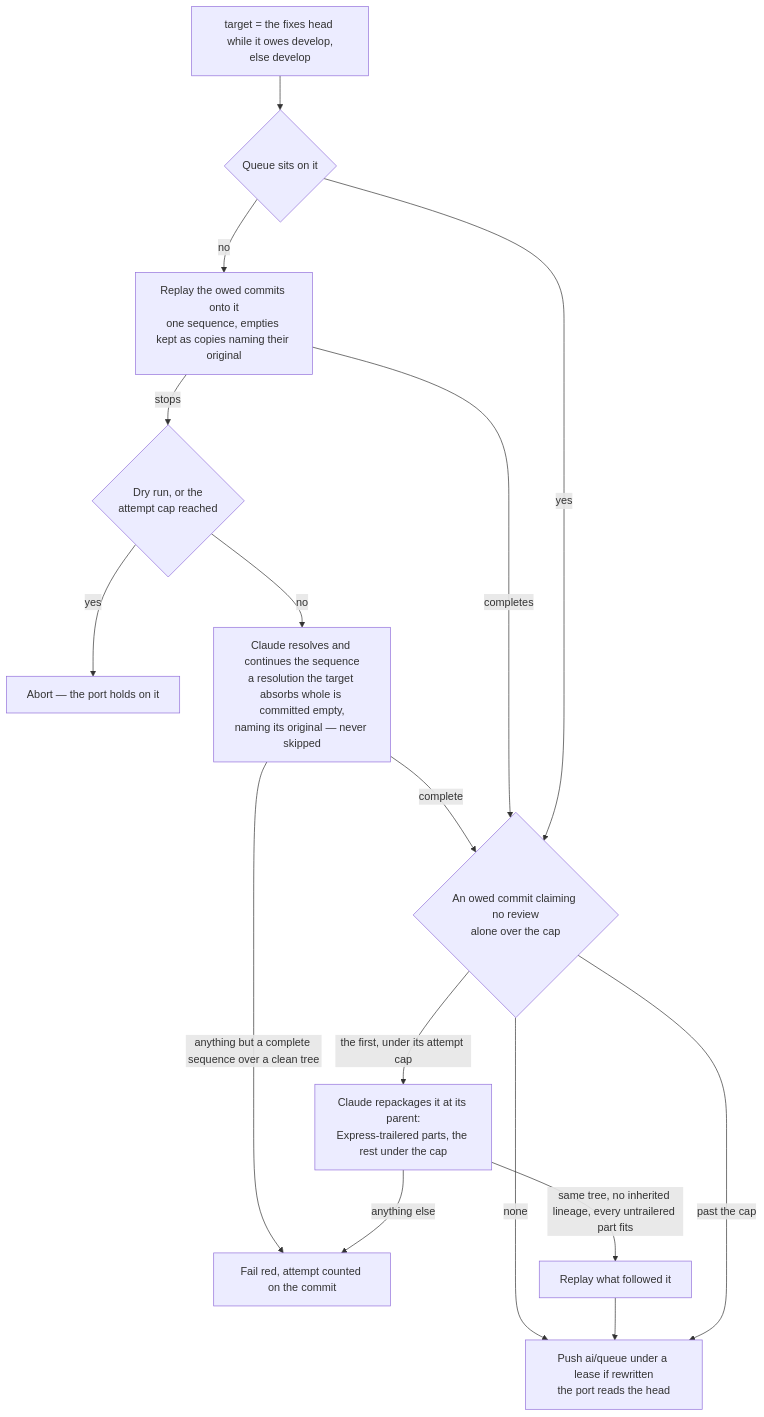
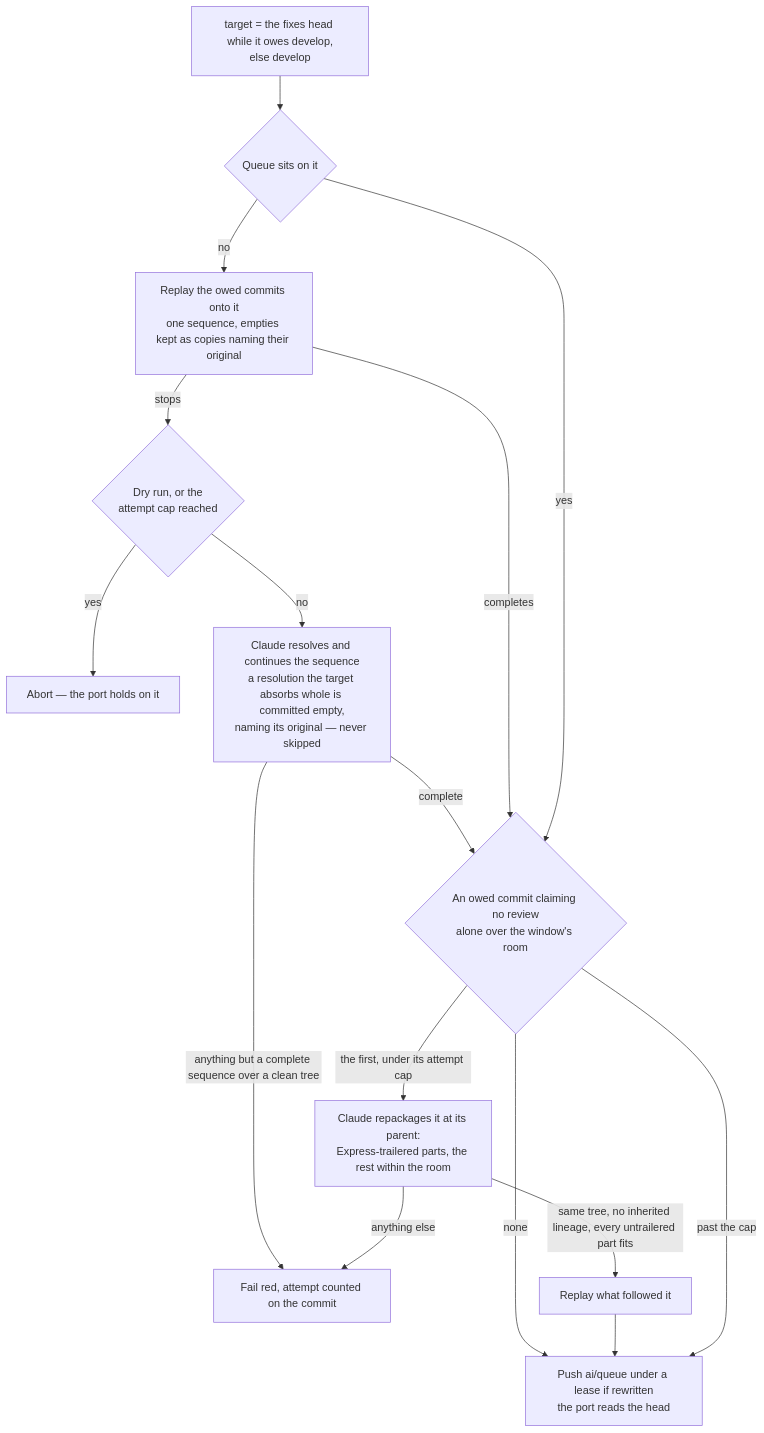
Before and after one commit to Esposter/Esposter: the second of 3 diagrams in apps/web/content/docs/infra/review-collector/collection-cycle.md, drawn with Mermaid. The commit also changed other lines of this file and 12 other files, not shown here.

````diff
--- a/apps/web/content/docs/infra/review-collector/collection-cycle.md
+++ b/apps/web/content/docs/infra/review-collector/collection-cycle.md
@@ -68,17 +68,17 @@
 ```mermaid
 flowchart TD
   T[target = the fixes head while it owes develop,<br/>else develop] --> A{Queue sits on it}
   A -->|no| R[Replay the owed commits onto it<br/>one sequence, empties kept as copies naming their original]
   R -->|stops| C{Dry run, or the<br/>attempt cap reached}
   C -->|yes| AB[Abort — the port holds on it]
   C -->|no| CL[Claude resolves and continues the sequence<br/>a resolution the target absorbs whole is committed empty,<br/>naming its original — never skipped]
   CL -->|anything but a complete sequence over a clean tree| F[Fail red, attempt counted on the commit]
   CL -->|complete| RS
   R -->|completes| RS
-  A -->|yes| RS{An owed commit claiming no review<br/>alone over the cap}
+  A -->|yes| RS{An owed commit claiming no review<br/>alone over the window's room}
   RS -->|none| P[Push ai/queue under a lease if rewritten<br/>the port reads the head]
-  RS -->|the first, under its attempt cap| SH[Claude repackages it at its parent:<br/>Express-trailered parts, the rest under the cap]
+  RS -->|the first, under its attempt cap| SH[Claude repackages it at its parent:<br/>Express-trailered parts, the rest within the room]
   SH -->|same tree, no inherited lineage, every untrailered part fits| RP[Replay what followed it] --> P
   SH -->|anything else| F
   RS -->|past the cap| P
 ```
````
